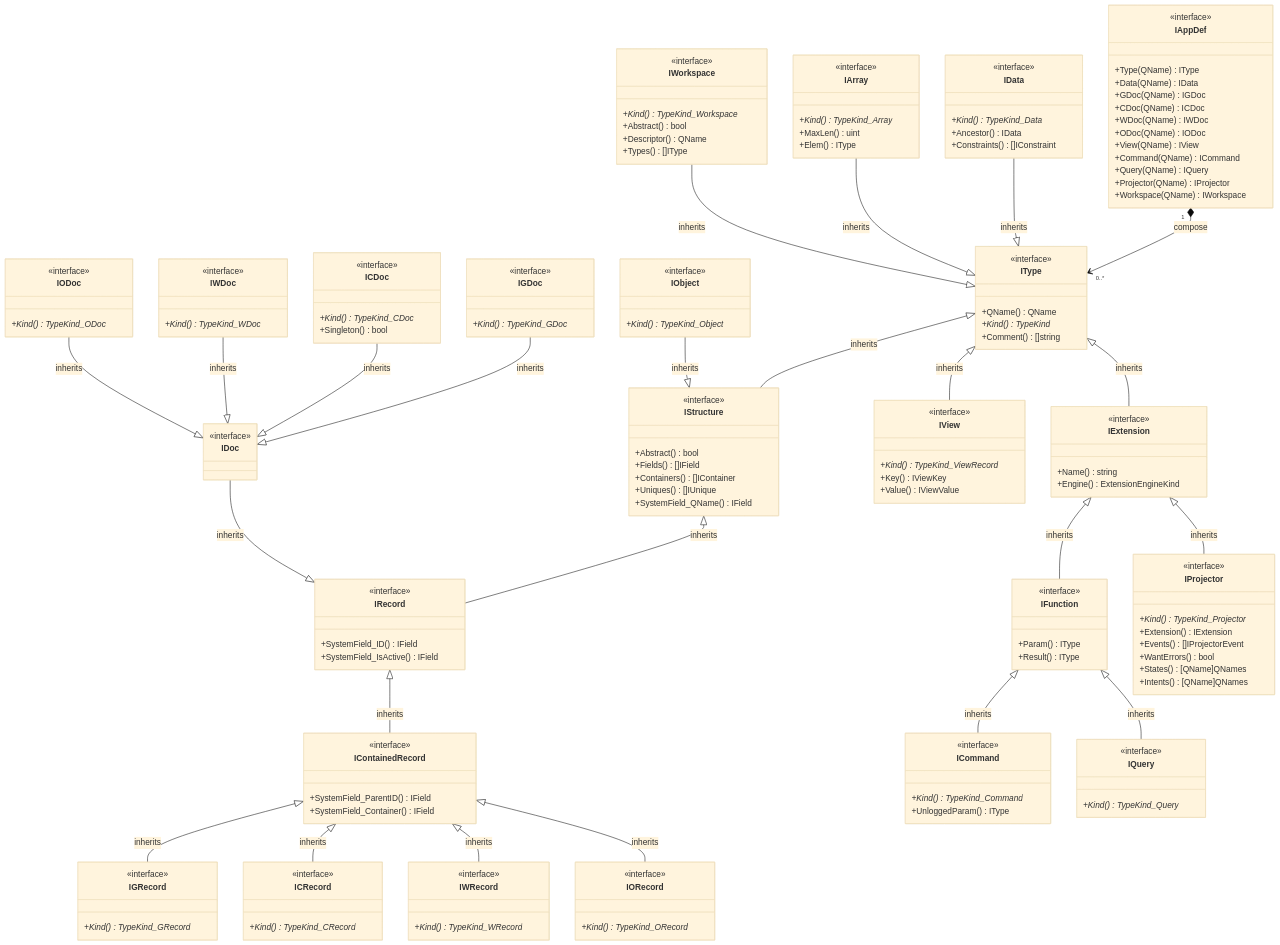
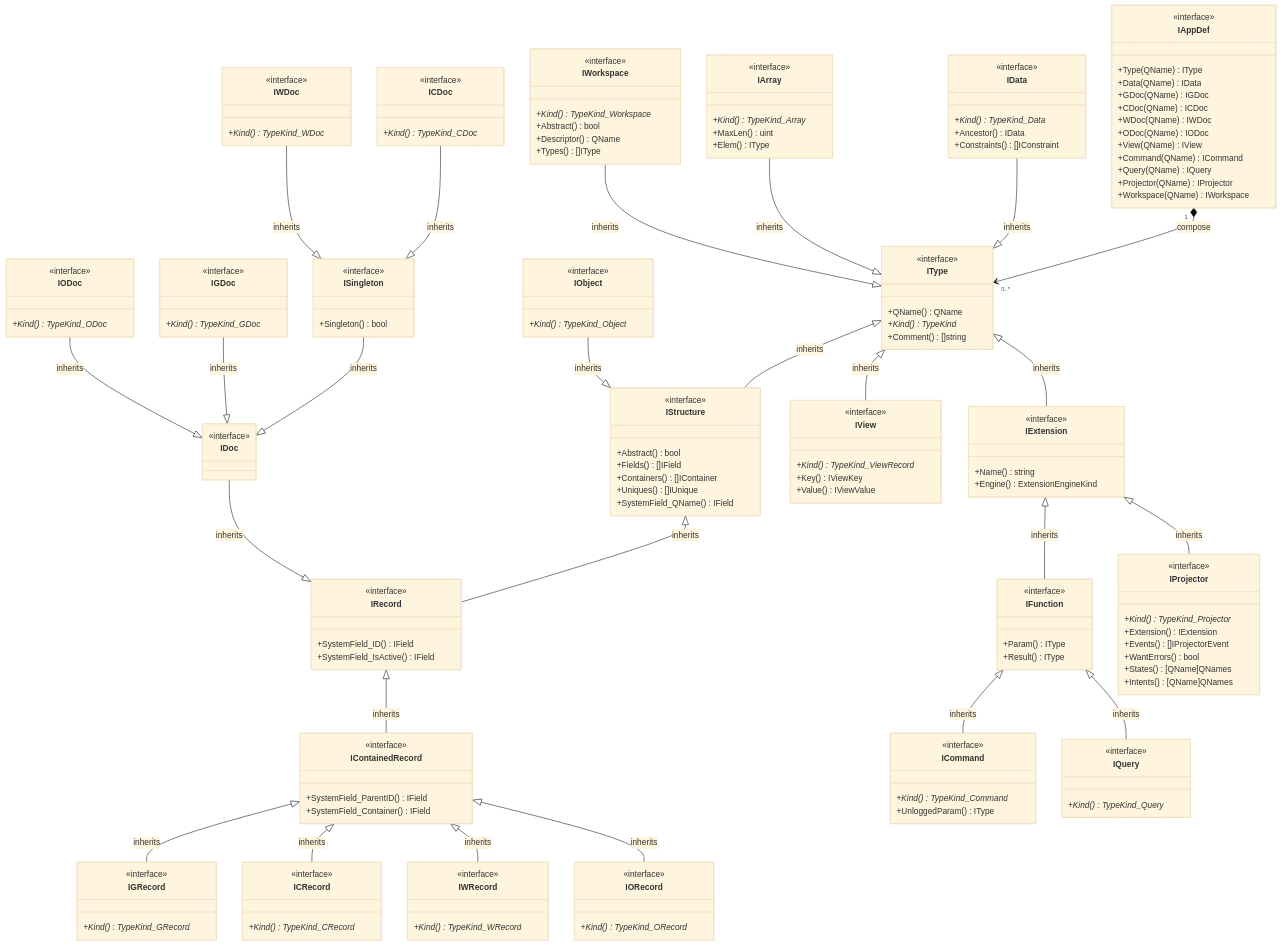
One commit to voedger/voedger changed the first of 7 diagrams in pkg/appdef/README.md. Above: the diagram before and after it, drawn with Mermaid (base theme). The commit also changed other lines of this file, not shown here.

```diff
--- a/pkg/appdef/README.md
+++ b/pkg/appdef/README.md
@@ -69,20 +69,25 @@
         <<interface>>
     }
 
+    ISingleton --|> IDoc : inherits
+    class ISingleton {
+        <<interface>>
+        +Singleton() bool
+    }
+
     IGDoc --|> IDoc : inherits
     class IGDoc {
         <<interface>>
         +Kind()* TypeKind_GDoc
     }
 
-    ICDoc --|> IDoc : inherits
+    ICDoc --|> ISingleton : inherits
     class ICDoc {
         <<interface>>
         +Kind()* TypeKind_CDoc
-        +Singleton() bool
     }
 
-    IWDoc --|> IDoc : inherits
+    IWDoc --|> ISingleton : inherits
     class IWDoc {
         <<interface>>
         +Kind()* TypeKind_WDoc
```
